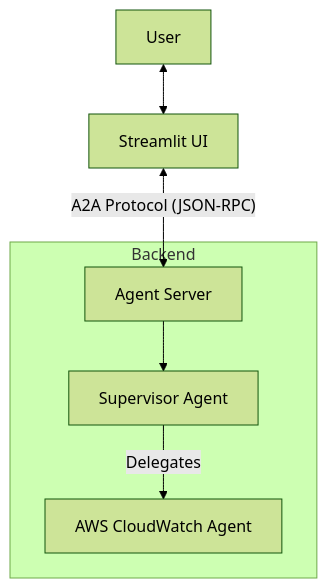
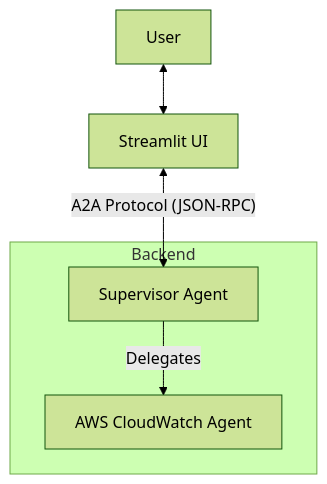
Before and after one commit to thedevopsstore/DevopsAgent: the diagram in README.md, drawn with Mermaid (forest theme). The commit also changed 1 other file, not shown here.

Commit message:
Update architecture diagrams to show direct UI-Supervisor connection

````diff
--- a/README.md
+++ b/README.md
@@ -20,10 +20,9 @@
 ```mermaid
 graph TD
     User[User] <--> UI[Streamlit UI]
-    UI <-->|"A2A Protocol (JSON-RPC)"| Server[Agent Server]
+    UI <-->|"A2A Protocol (JSON-RPC)"| Supervisor[Supervisor Agent]
     
     subgraph "Backend"
-        Server --> Supervisor[Supervisor Agent]
         Supervisor -->|Delegates| AWS[AWS CloudWatch Agent]
     end
 ```
````
